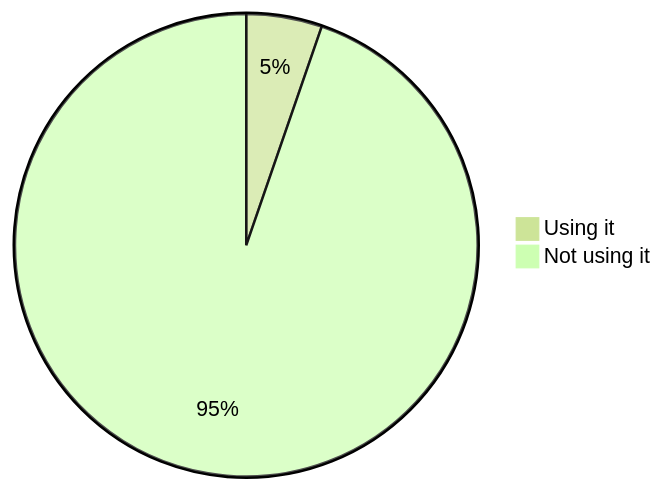
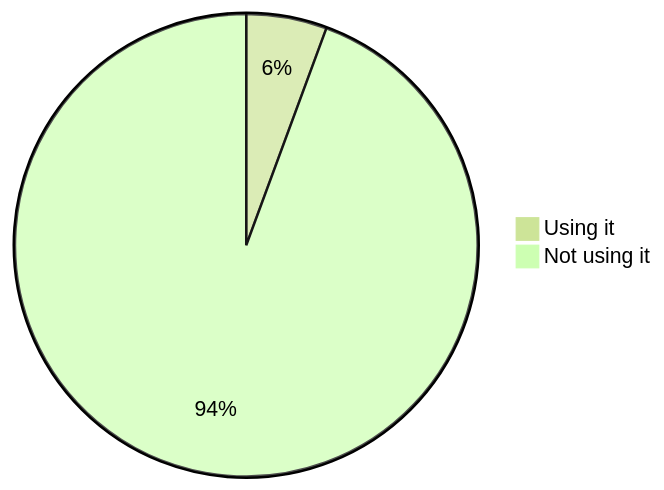
One commit to oshp/oshp-stats changed diagram 11 of 22 in stats.md. Above: the diagram before and after it, drawn with Mermaid (forest theme). The commit also changed other lines of this file, not shown here.

````diff
--- a/stats.md
+++ b/stats.md
@@ -130,6 +130,6 @@
 ```mermaid
 pie
-	"Using it" : 5.29
-	"Not using it" : 94.71
+	"Using it" : 5.63
+	"Not using it" : 94.37
 
 ```
````
